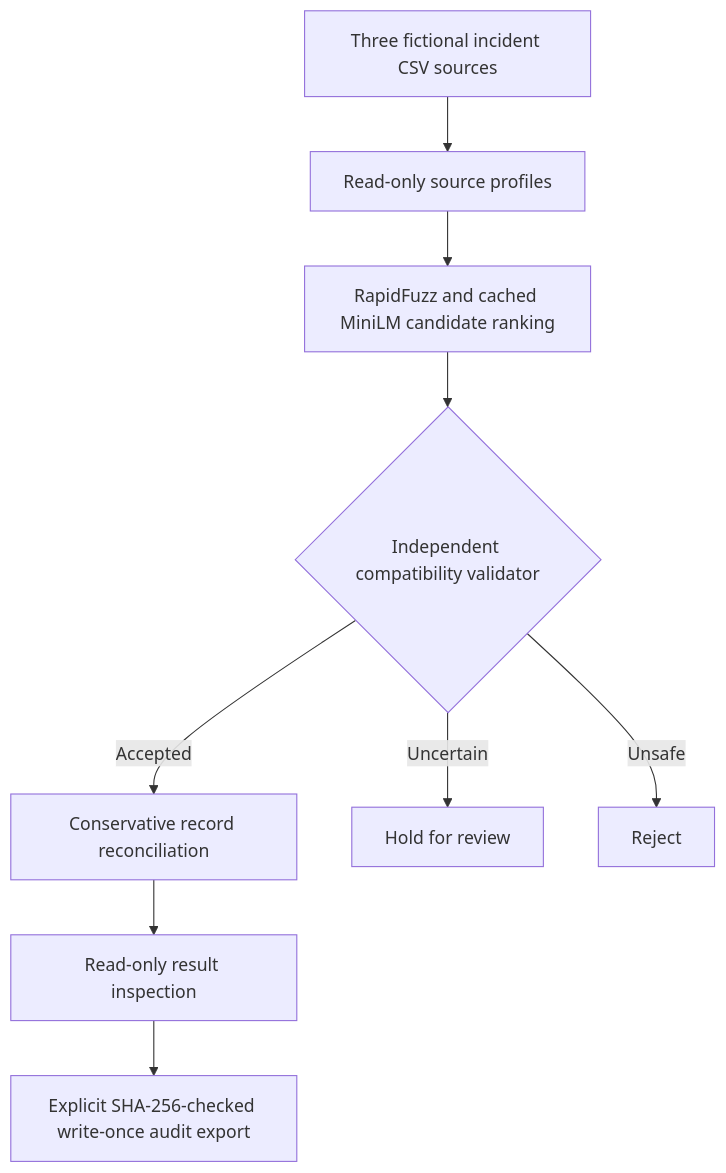
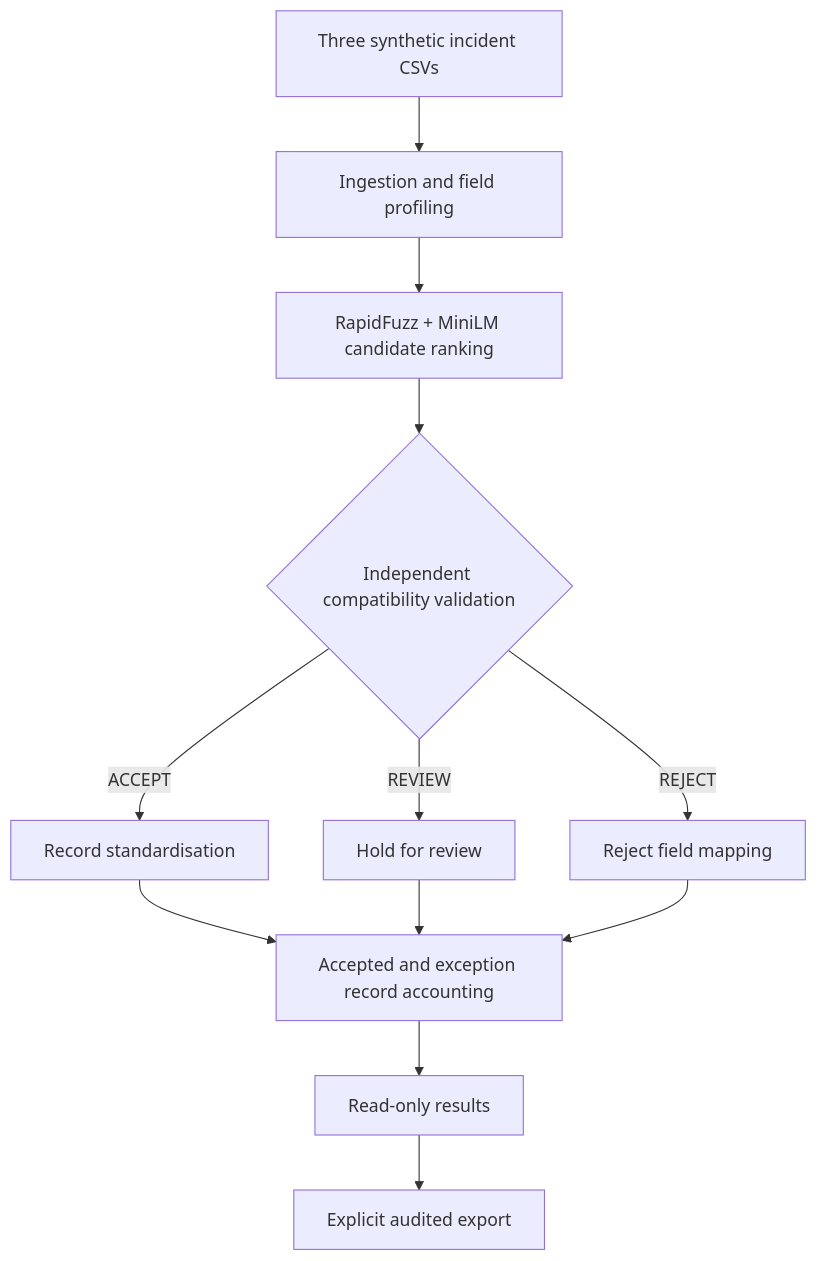
One commit to Sonkhe-Shongwe/SchemaBridge changed the diagram in README.md. Above: the diagram before and after it, drawn with Mermaid. The commit also changed other lines of this file, not shown here.

Commit message:
docs: rewrite SchemaBridge README for technical portfolio review

````diff
--- a/README.md
+++ b/README.md
@@ -11,11 +39,14 @@
 ```mermaid
 flowchart TD
-    A[Three fictional incident CSV sources] --> B[Read-only source profiles]
-    B --> C[RapidFuzz and cached MiniLM candidate ranking]
-    C --> D{Independent compatibility validator}
-    D -->|Accepted| E[Conservative record reconciliation]
-    D -->|Uncertain| F[Hold for review]
-    D -->|Unsafe| G[Reject]
-    E --> H[Read-only result inspection]
-    H --> I[Explicit SHA-256-checked write-once audit export]
+    A[Three synthetic incident CSVs] --> B[Ingestion and field profiling]
+    B --> C[RapidFuzz + MiniLM candidate ranking]
+    C --> D{Independent compatibility validation}
+    D -->|ACCEPT| E[Record standardisation]
+    D -->|REVIEW| F[Hold for review]
+    D -->|REJECT| G[Reject field mapping]
+    E --> H[Accepted and exception record accounting]
+    F --> H
+    G --> H
+    H --> I[Read-only results]
+    I --> J[Explicit audited export]
 ```
````
